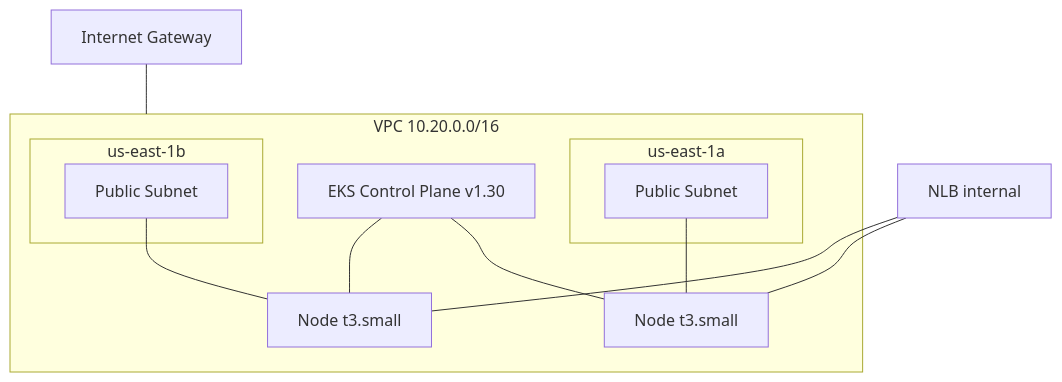
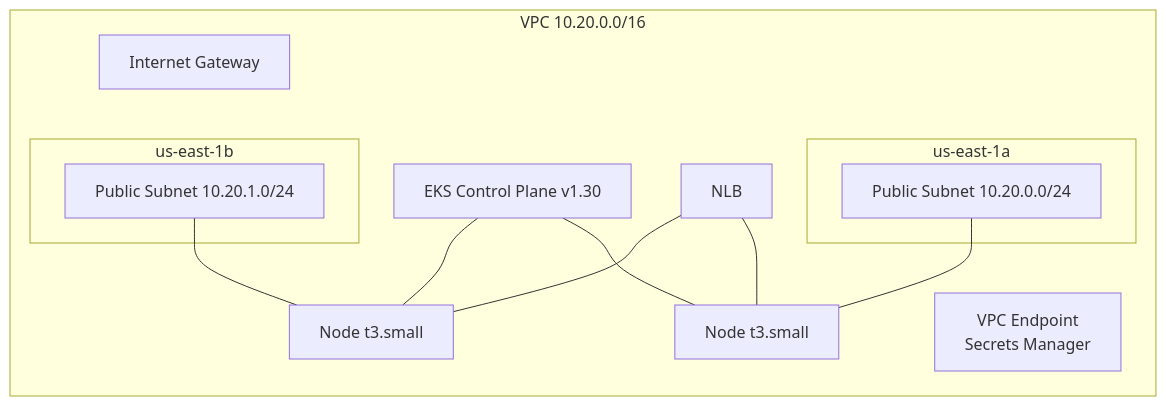
The diagram in README.md (arthurfcs98/fiap-fase3-infra-k8s), drawn with Mermaid before and after one commit. The commit also changed other lines of this file, not shown here.

````diff
--- a/README.md
+++ b/README.md
@@ -15,19 +19,21 @@
 ```mermaid
 flowchart TB
     subgraph VPC[VPC 10.20.0.0/16]
+        IGW[Internet Gateway]
         subgraph AZ1[us-east-1a]
-            Sub1[Public Subnet]
+            Sub1[Public Subnet 10.20.0.0/24]
         end
         subgraph AZ2[us-east-1b]
-            Sub2[Public Subnet]
+            Sub2[Public Subnet 10.20.1.0/24]
         end
         EKS[EKS Control Plane v1.30]
         Sub1 --- NG1[Node t3.small]
         Sub2 --- NG2[Node t3.small]
         EKS --- NG1
         EKS --- NG2
+        NLB[NLB] --- NG1
+        NLB --- NG2
+        VPCE[VPC Endpoint<br/>Secrets Manager]
     end
-    IGW[Internet Gateway] --- VPC
-    NLB[NLB internal] --- NG1
-    NLB --- NG2
+    IGW --- VPC
 ```
````
